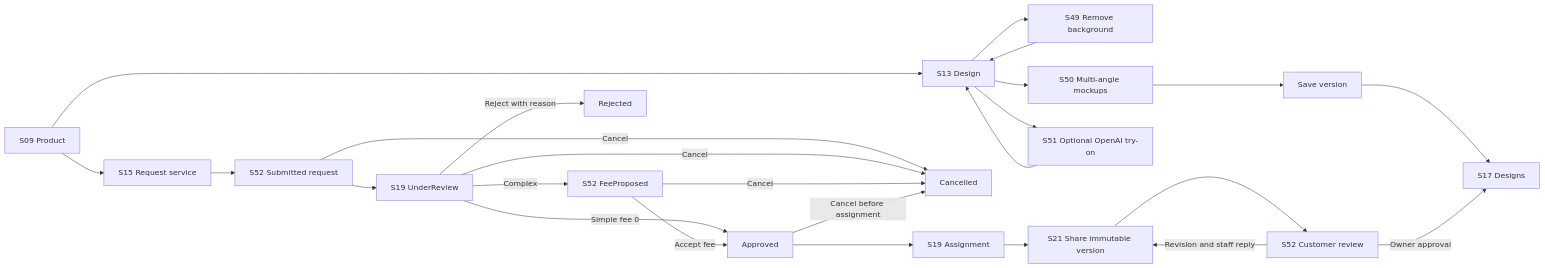
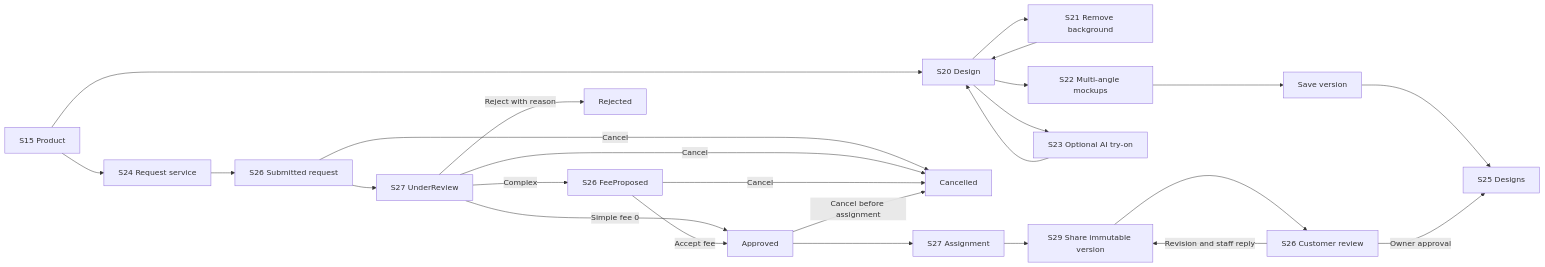
The first of 4 diagrams in docs/spec/specs/spec-MFG-05.md (ankhanhwork/weavelink-project), drawn with Mermaid before and after one commit. The commit also changed other lines of this file and 235 other files, not shown here.

````diff
--- a/docs/spec/specs/spec-MFG-05.md
+++ b/docs/spec/specs/spec-MFG-05.md
@@ -87,27 +87,27 @@
 ```mermaid
 flowchart LR
-  Product[S09 Product] --> Workspace[S13 Design]
-  Workspace --> Remove[S49 Remove background]
+  Product[S15 Product] --> Workspace[S20 Design]
+  Workspace --> Remove[S21 Remove background]
   Remove --> Workspace
-  Workspace --> Preview[S50 Multi-angle mockups]
-  Workspace --> TryOn[S51 Optional OpenAI try-on]
+  Workspace --> Preview[S22 Multi-angle mockups]
+  Workspace --> TryOn[S23 Optional AI try-on]
   TryOn --> Workspace
   Preview --> Save[Save version]
-  Save --> Gallery[S17 Designs]
-  Product --> Request[S15 Request service]
-  Request --> Status[S52 Submitted request]
-  Status --> Review[S19 UnderReview]
+  Save --> Gallery[S25 Designs]
+  Product --> Request[S24 Request service]
+  Request --> Status[S26 Submitted request]
+  Status --> Review[S27 UnderReview]
   Review -->|Simple fee 0| Approved[Approved]
-  Review -->|Complex| Proposal[S52 FeeProposed]
+  Review -->|Complex| Proposal[S26 FeeProposed]
   Proposal -->|Accept fee| Approved
   Review -->|Reject with reason| Rejected[Rejected]
   Status -->|Cancel| Cancelled[Cancelled]
   Review -->|Cancel| Cancelled
   Proposal -->|Cancel| Cancelled
   Approved -->|Cancel before assignment| Cancelled
-  Approved --> Assign[S19 Assignment]
-  Assign --> Deliver[S21 Share immutable version]
-  Deliver --> Feedback[S52 Customer review]
+  Approved --> Assign[S27 Assignment]
+  Assign --> Deliver[S29 Share immutable version]
+  Deliver --> Feedback[S26 Customer review]
   Feedback -->|Revision and staff reply| Deliver
   Feedback -->|Owner approval| Gallery
 ```
````
